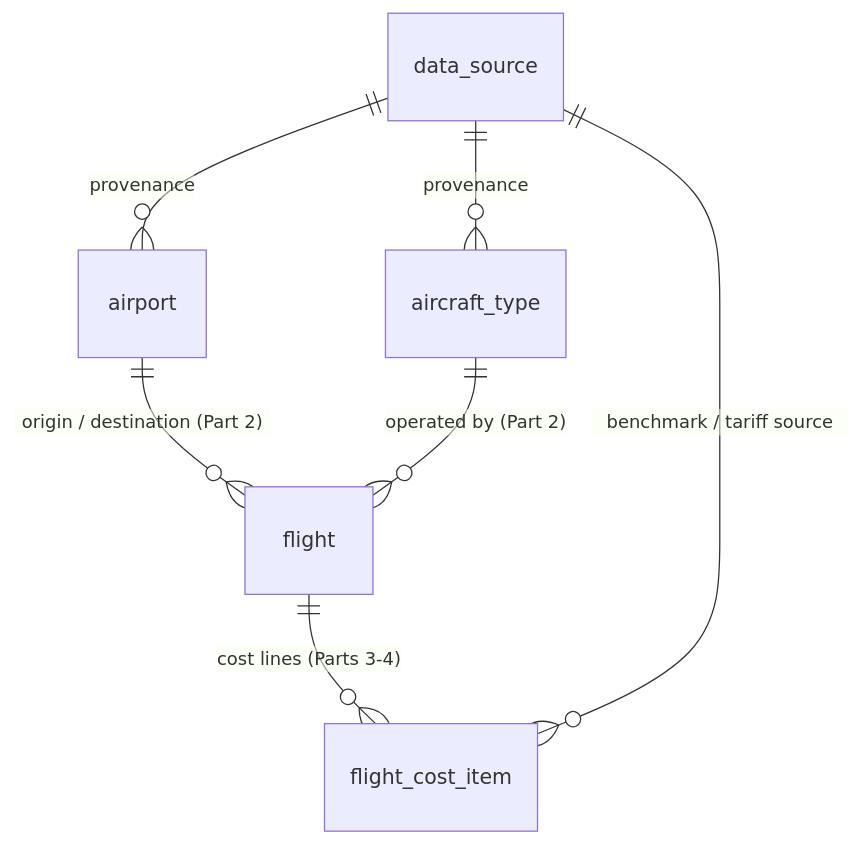
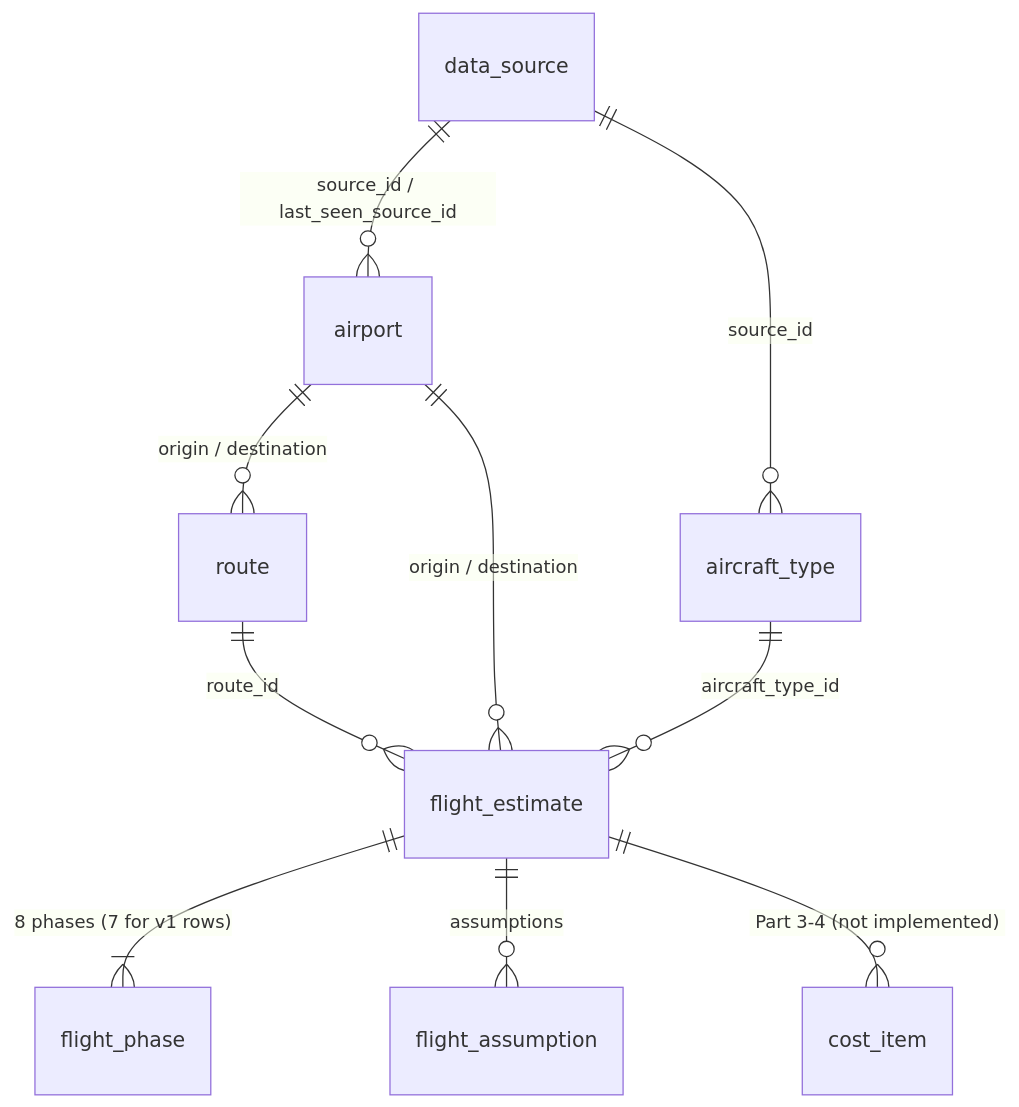
Before and after one commit to rishitank1805/aircraft-cost-model: the second of 2 diagrams in docs/architecture.md, drawn with Mermaid. The commit also changed other lines of this file and 55 other files, not shown here.

````diff
--- a/docs/architecture.md
+++ b/docs/architecture.md
@@ -118,9 +146,12 @@
 ```mermaid
 erDiagram
-    data_source ||--o{ airport : "provenance"
-    data_source ||--o{ aircraft_type : "provenance"
-    airport ||--o{ flight : "origin / destination (Part 2)"
-    aircraft_type ||--o{ flight : "operated by (Part 2)"
-    flight ||--o{ flight_cost_item : "cost lines (Parts 3-4)"
-    data_source ||--o{ flight_cost_item : "benchmark / tariff source"
+    data_source ||--o{ airport : "source_id / last_seen_source_id"
+    data_source ||--o{ aircraft_type : "source_id"
+    airport ||--o{ route : "origin / destination"
+    route ||--o{ flight_estimate : "route_id"
+    airport ||--o{ flight_estimate : "origin / destination"
+    aircraft_type ||--o{ flight_estimate : "aircraft_type_id"
+    flight_estimate ||--|{ flight_phase : "8 phases (7 for v1 rows)"
+    flight_estimate ||--o{ flight_assumption : "assumptions"
+    flight_estimate ||--o{ cost_item : "Part 3-4 (not implemented)"
 ```
````
